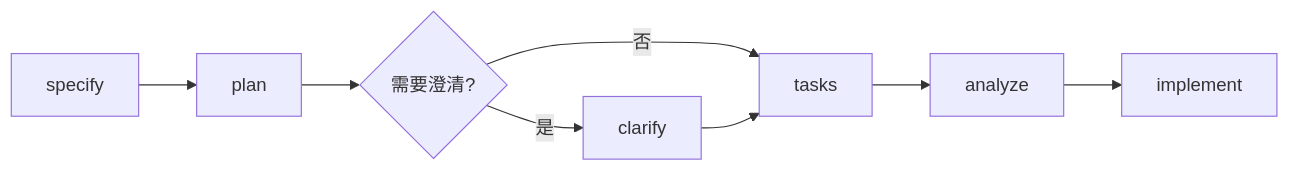
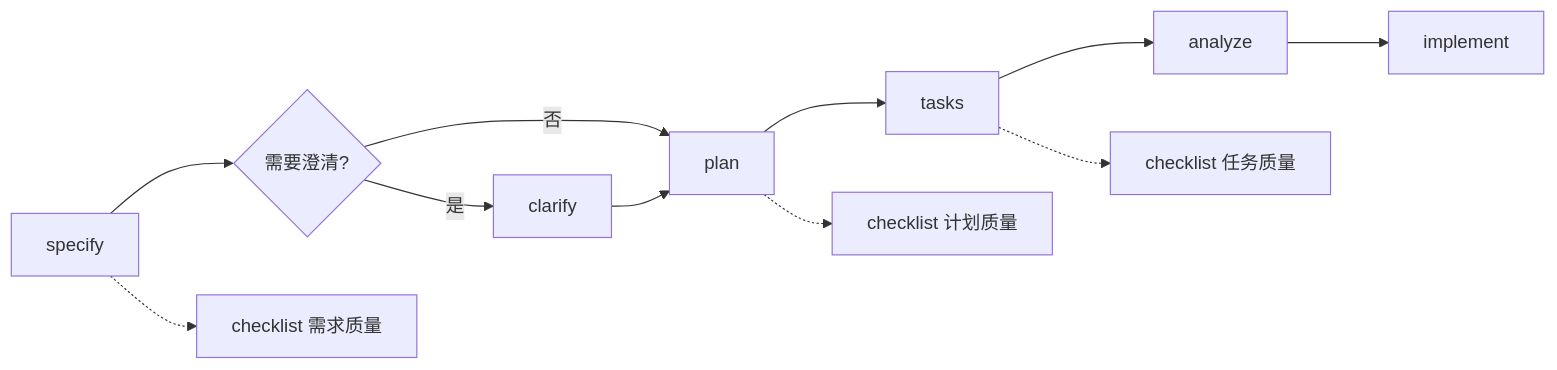
One commit to ysicing/code-pilot changed the diagram in README.md. Above: the diagram before and after it, drawn with Mermaid. The commit also changed other lines of this file, not shown here.

````diff
--- a/README.md
+++ b/README.md
@@ -72,10 +82,15 @@
 ```mermaid
 graph LR
-    A[specify] --> B[plan]
-    B --> C{需要澄清?}
-    C -->|是| D[clarify]
-    C -->|否| E[tasks]
-    D --> E
+    A[specify] --> B{需要澄清?}
+    B -->|是| C[clarify]
+    B -->|否| D[plan]
+    C --> D
+    D --> E[tasks]
     E --> F[analyze]
     F --> G[implement]
+
+    %% checklist 插入点
+    A -.-> H[checklist 需求质量]
+    D -.-> I[checklist 计划质量]
+    E -.-> J[checklist 任务质量]
 ```
````
